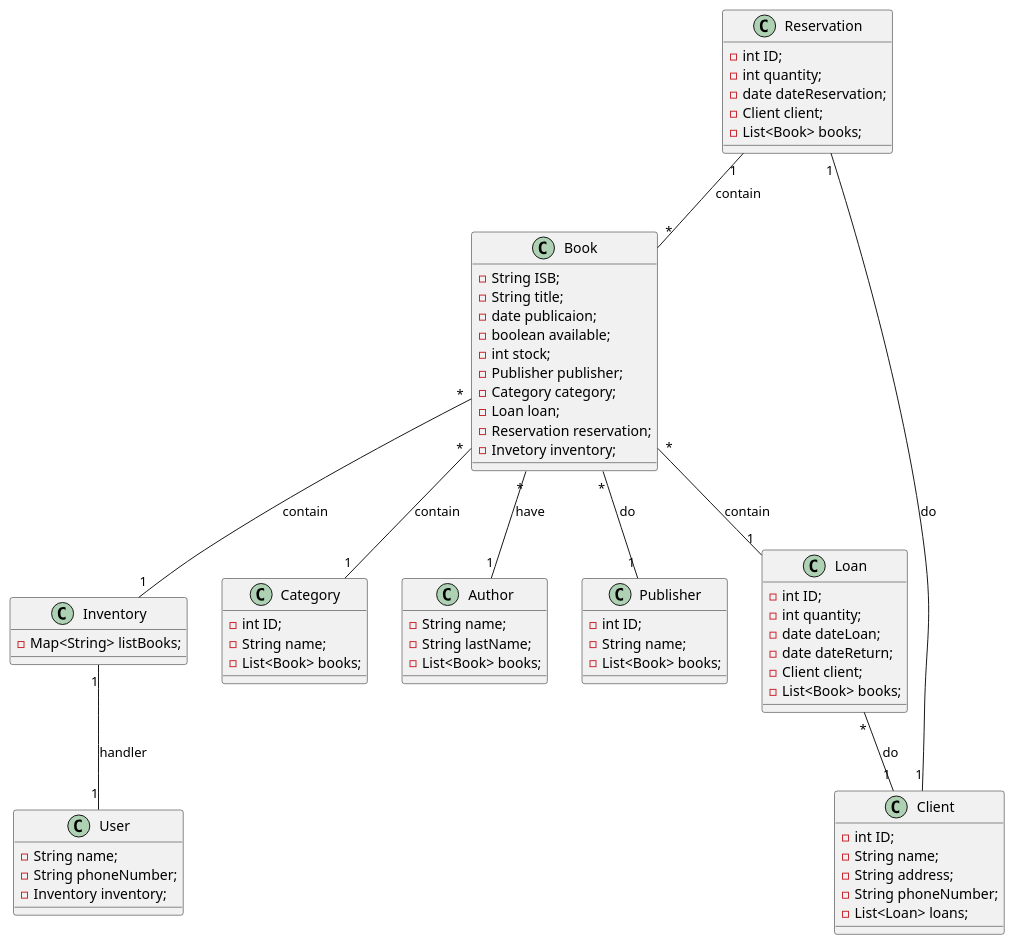
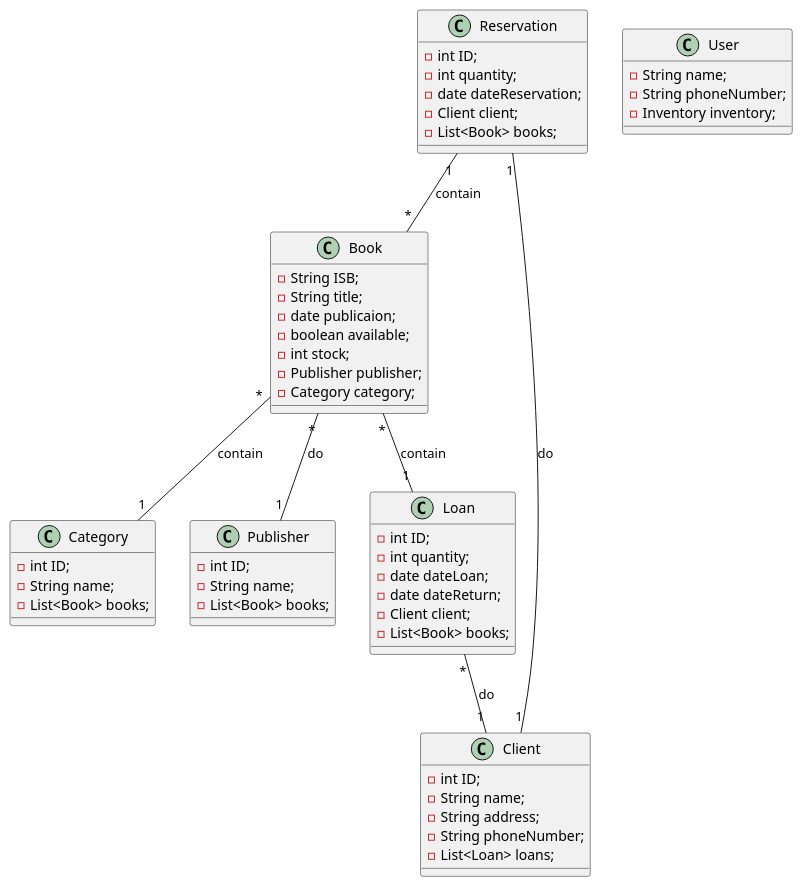
One commit to Juan-J-Barraza/LibraTech changed the diagram in src/co/edu/unicolombo/s3/poo/inventory/library/Docs/diagrams.puml. Above: the diagram before and after it, drawn with PlantUML. The commit also changed 1 other file, not shown here.

Commit message:
modification in diagram

```diff
--- a/src/co/edu/unicolombo/s3/poo/inventory/library/Docs/diagrams.puml
+++ b/src/co/edu/unicolombo/s3/poo/inventory/library/Docs/diagrams.puml
@@ -1,92 +1,76 @@
 @startuml ""
 
 
 class Book {
     - String ISB;
     - String title;
     - date publicaion;
     - boolean available;
     - int stock;
     - Publisher publisher;
     - Category category;
-    - Loan loan;
-    - Reservation reservation;
-    - Invetory inventory;
 }
 
 
 class User {
     - String name;
     - String phoneNumber;
     - Inventory inventory;
 }
 
-class Inventory {
-    - Map<String> listBooks; 
-}
-
 
 class Category {
     - int ID;
     - String name;
     - List<Book> books;
-}
-
-class Author {
-    - String name;
-    - String lastName;
-    - List<Book> books; 
 }
 
 
 class Publisher {
     - int ID;
     - String name;
     - List<Book> books;
 }
 
 
 class Client {
     - int ID;
     - String name;
     - String address;
     - String phoneNumber;
     - List<Loan> loans;
 
 }
 
 class Loan {
     - int ID;
     - int quantity;
     - date dateLoan;
     - date dateReturn;
     - Client client;
     - List<Book> books;
 
 }
 
 class Reservation {
     - int ID;
     - int quantity;
     - date dateReservation;
     - Client client;
     - List<Book> books;
 }
 
 
 
 ' relatioships
 
-Book "*" -- "1" Author: have
 Book "*" -- "1" Publisher: do
 Book "*" -- "1" Category: contain
 Book "*" -- "1" Loan: contain
-Book "*" -- "1" Inventory: contain
 Loan "*" -- "1" Client: do
 Reservation "1" -- "1" Client: do
 Reservation "1" -- "*" Book: contain
-Inventory "1" -- "1" User: handler
 
 
 
 @enduml
```
